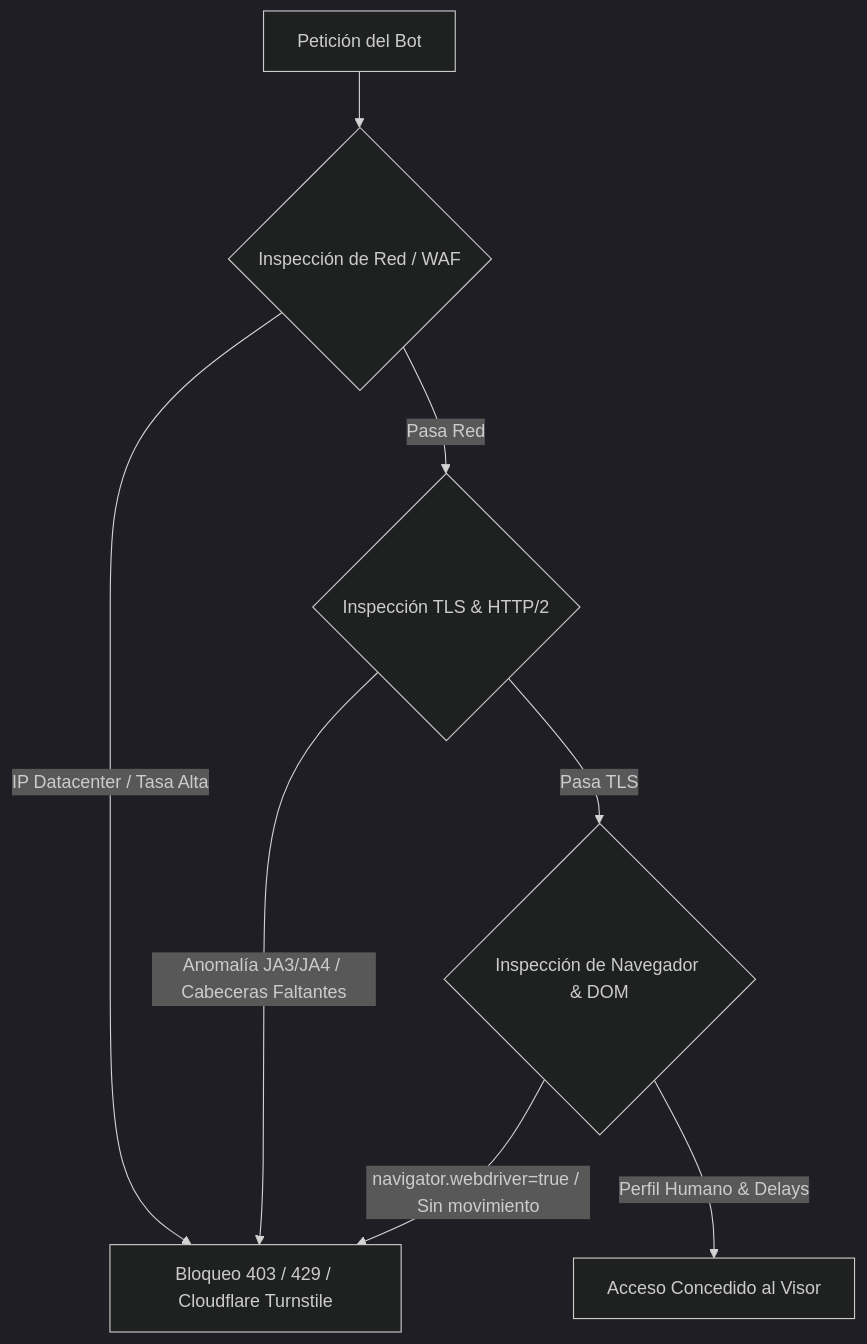
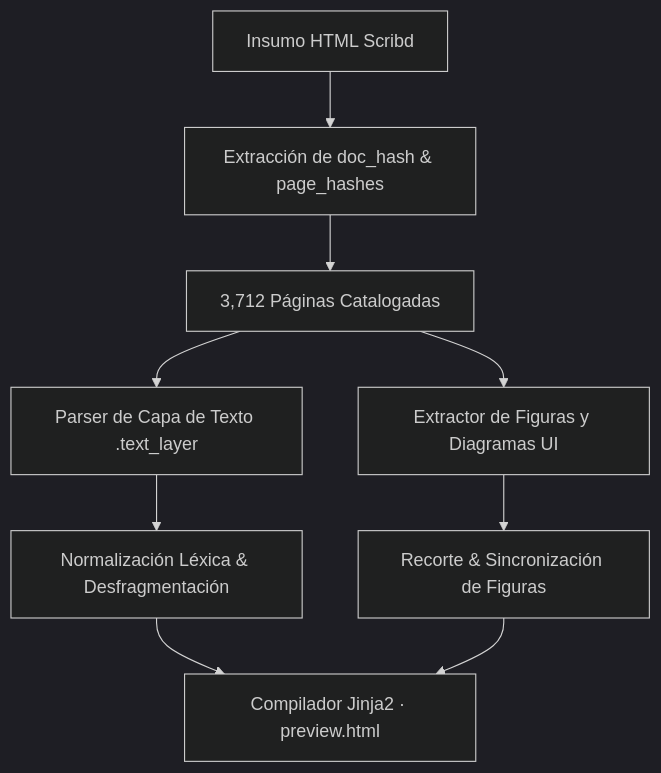
Before and after one commit to JimenezW/botScripBd: the diagram in INFORME_TECNICO_ANALISIS_FUNCIONAL.md, drawn with Mermaid (dark theme). The commit also changed other lines of this file, not shown here.

````diff
--- a/INFORME_TECNICO_ANALISIS_FUNCIONAL.md
+++ b/INFORME_TECNICO_ANALISIS_FUNCIONAL.md
@@ -51,10 +35,11 @@
 ```mermaid
 graph TD
-    A[Petición del Bot] --> B{Inspección de Red / WAF}
-    B -- IP Datacenter / Tasa Alta --> C[Bloqueo 403 / 429 / Cloudflare Turnstile]
-    B -- Pasa Red --> D{Inspección TLS & HTTP/2}
-    D -- Anomalía JA3/JA4 / Cabeceras Faltantes --> C
-    D -- Pasa TLS --> E{Inspección de Navegador & DOM}
-    E -- navigator.webdriver=true / Sin movimiento --> C
-    E -- Perfil Humano & Delays --> F[Acceso Concedido al Visor]
+    A[Insumo HTML Scribd] --> B[Extracción de doc_hash & page_hashes]
+    B --> C[3,712 Páginas Catalogadas]
+    C --> D[Parser de Capa de Texto .text_layer]
+    C --> E[Extractor de Figuras y Diagramas UI]
+    D --> F[Normalización Léxica & Desfragmentación]
+    E --> G[Recorte & Sincronización de Figuras]
+    F --> H[Compilador Jinja2 · preview.html]
+    G --> H
 ```
````
